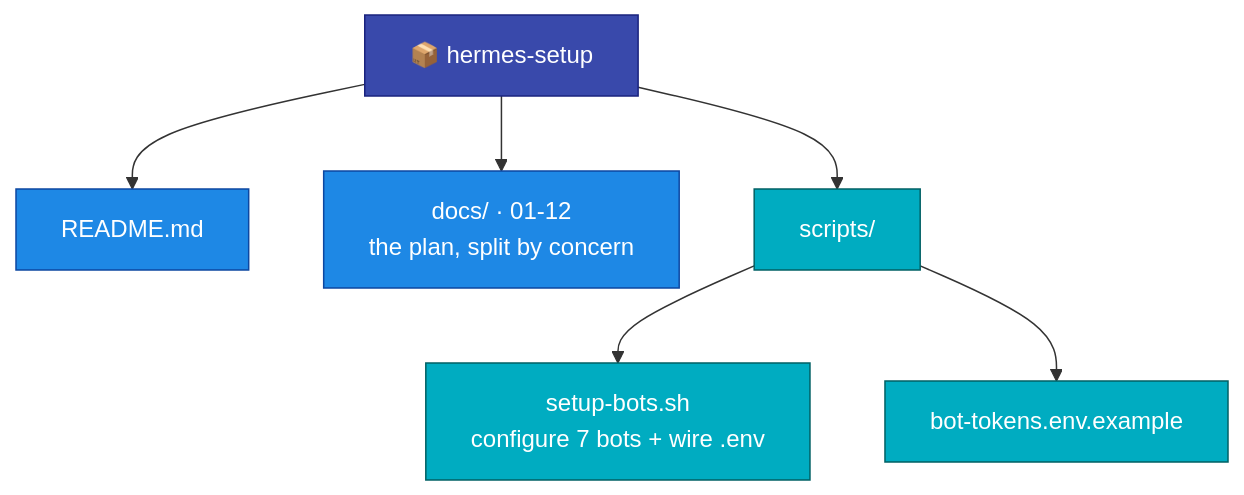
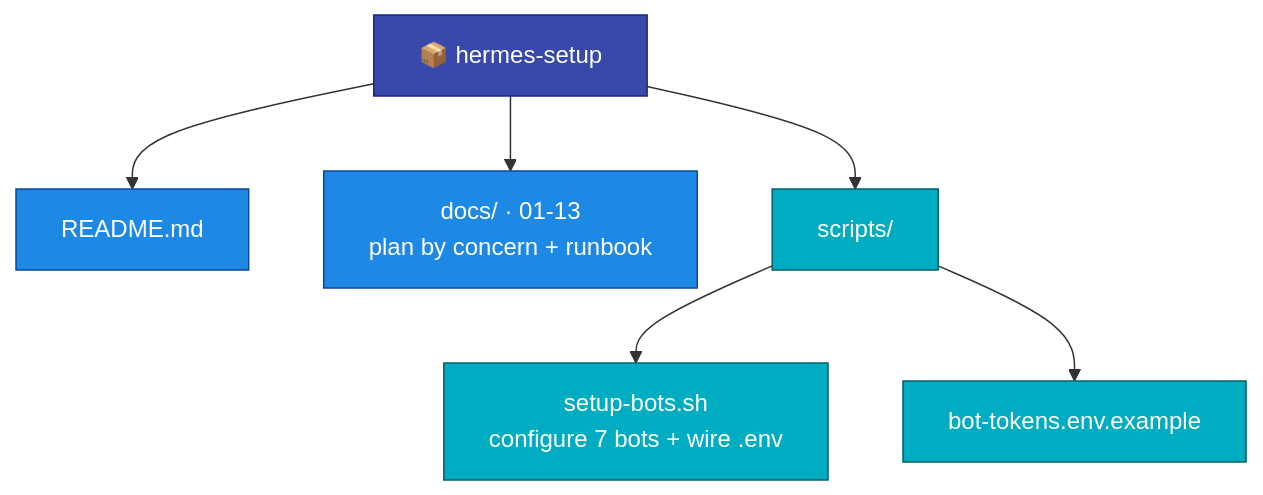
The second of 2 diagrams in README.md (mpolatcan/hermes-setup), drawn with Mermaid before and after one commit. The commit also changed other lines of this file and 2 other files, not shown here.

Commit message:
docs: add deployment runbook (13) + scaling/personal-tier note (2.2)
- docs/13: sequenced deploy runbook (keys -> install -> 7 bots -> Phase
  A/B/C), with explicit verify-gates (native CLI, launchd, MiniMax
  token-plan endpoint, Honcho loopback) flagged where the plan assumes
  native-Hermes behavior. Critical path: Step 0-3 to a first fleet.
- docs/02 2.2: how many profiles fit (~15-25 idle; remote inference =
  light gateways; ceiling is concurrent turns + API spend, not count) +
  a personal (non-studio) tier (one profile per life-domain, Honcho-
  shared identity, single-tenant caveat).
- README: index + repo-layout updated to 01-13.

````diff
--- a/README.md
+++ b/README.md
@@ -100,12 +101,12 @@
 ```mermaid
 flowchart TB
     root["📦 hermes-setup"]:::root
     root --> readme["README.md"]:::doc
-    root --> docs["docs/ · 01-12<br/>the plan, split by concern"]:::doc
+    root --> docs["docs/ · 01-13<br/>plan by concern + runbook"]:::doc
     root --> scripts["scripts/"]:::svc
     scripts --> sb["setup-bots.sh<br/>configure 7 bots + wire .env"]:::svc
     scripts --> ex["bot-tokens.env.example"]:::svc
     classDef root fill:#3949AB,stroke:#1A237E,color:#fff
     classDef doc fill:#1E88E5,stroke:#0D47A1,color:#fff
     classDef svc fill:#00ACC1,stroke:#006064,color:#fff
 ```
````
